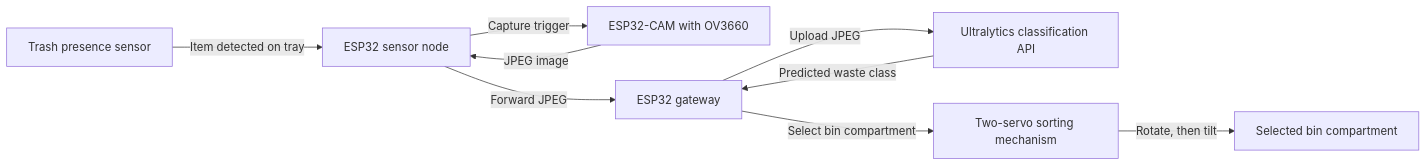
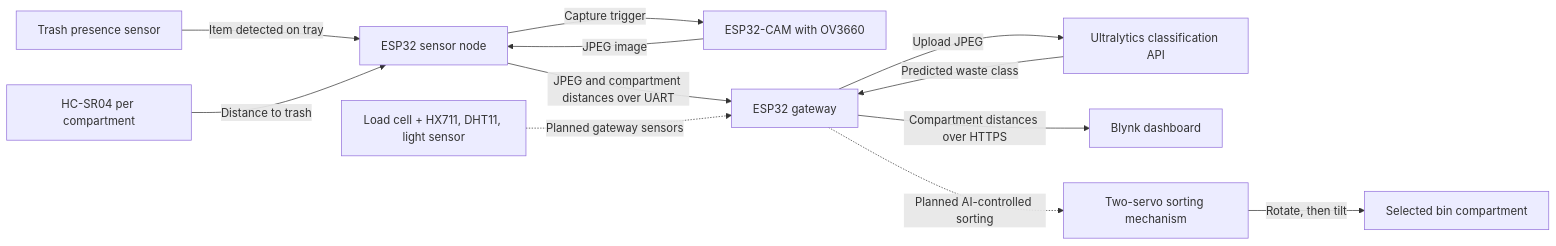
One commit to Pitichod/BinGO changed the diagram in README.md. Above: the diagram before and after it, drawn with Mermaid. The commit also changed other lines of this file and 4 other files, not shown here.

Commit message:
Publish BinGo distance telemetry and hardware plan

````diff
--- a/README.md
+++ b/README.md
@@ -7,11 +7,14 @@
 ```mermaid
 flowchart LR
     sensor[Trash presence sensor] -->|Item detected on tray| node[ESP32 sensor node]
+    level[HC-SR04 per compartment] -->|Distance to trash| node
     node -->|Capture trigger| camera[ESP32-CAM with OV3660]
     camera -->|JPEG image| node
-    node -->|Forward JPEG| gateway[ESP32 gateway]
+    node -->|JPEG and compartment distances over UART| gateway[ESP32 gateway]
     gateway -->|Upload JPEG| ai[Ultralytics classification API]
     ai -->|Predicted waste class| gateway
-    gateway -->|Select bin compartment| servos[Two-servo sorting mechanism]
+    gateway -->|Compartment distances over HTTPS| dashboard[Blynk dashboard]
+    gatewaySensors[Load cell + HX711, DHT11, light sensor] -.->|Planned gateway sensors| gateway
+    gateway -.->|Planned AI-controlled sorting| servos[Two-servo sorting mechanism]
     servos -->|Rotate, then tilt| bin[Selected bin compartment]
 ```
````
